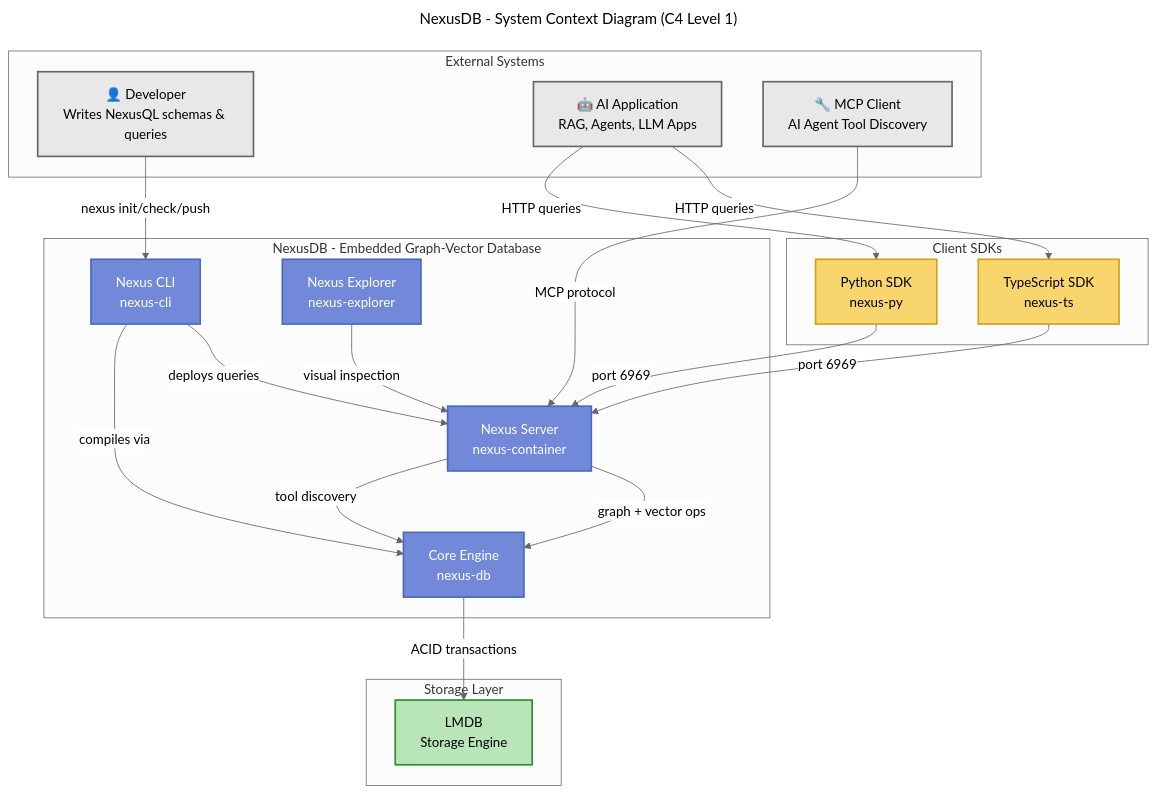
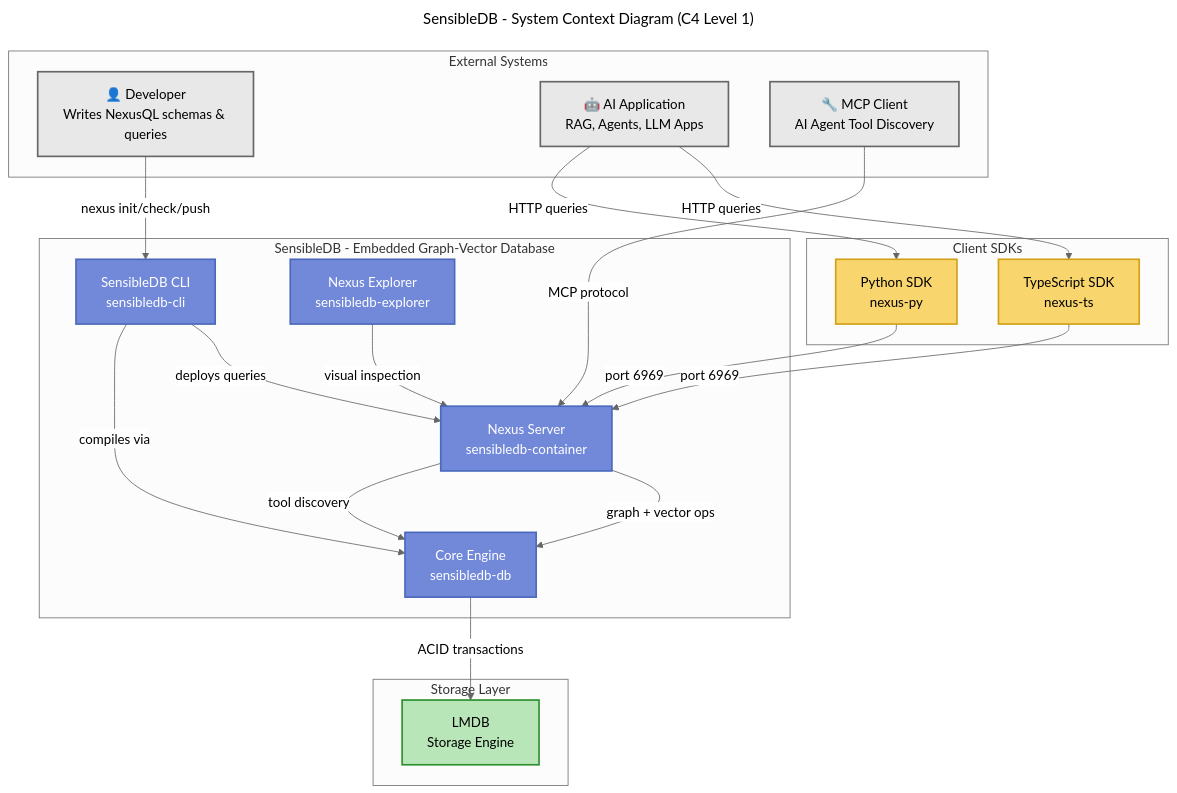
Before and after one commit to Sensible-Analytics/SensibleDB: the diagram in docs/architecture/diagrams/system-context.mmd, drawn with Mermaid (neutral theme). The commit also changed 766 other files, not shown here.

First line of the commit message:
feat: complete rebranding from NexusDB to SensibleDB

```diff
--- a/docs/architecture/diagrams/system-context.mmd
+++ b/docs/architecture/diagrams/system-context.mmd
@@ -1,53 +1,53 @@
 ---
-title: NexusDB - System Context Diagram (C4 Level 1)
+title: SensibleDB - System Context Diagram (C4 Level 1)
 ---
 
 graph TB
     subgraph External["External Systems"]
         Developer["👤 Developer<br/>Writes NexusQL schemas & queries"]
         AIApp["🤖 AI Application<br/>RAG, Agents, LLM Apps"]
         MCPClient["🔧 MCP Client<br/>AI Agent Tool Discovery"]
     end
 
-    subgraph NexusDB["NexusDB - Embedded Graph-Vector Database"]
-        CLI["Nexus CLI<br/>nexus-cli"]
-        Server["Nexus Server<br/>nexus-container"]
-        Engine["Core Engine<br/>nexus-db"]
-        Explorer["Nexus Explorer<br/>nexus-explorer"]
+    subgraph SensibleDB["SensibleDB - Embedded Graph-Vector Database"]
+        CLI["SensibleDB CLI<br/>sensibledb-cli"]
+        Server["Nexus Server<br/>sensibledb-container"]
+        Engine["Core Engine<br/>sensibledb-db"]
+        Explorer["Nexus Explorer<br/>sensibledb-explorer"]
     end
 
     subgraph Storage["Storage Layer"]
         LMDB["LMDB<br/>Storage Engine"]
     end
 
     subgraph SDKs["Client SDKs"]
         TSSDK["TypeScript SDK<br/>nexus-ts"]
         PySDK["Python SDK<br/>nexus-py"]
     end
 
     Developer -->|nexus init/check/push| CLI
     CLI -->|deploys queries| Server
     CLI -->|compiles via| Engine
 
     AIApp -->|HTTP queries| TSSDK
     AIApp -->|HTTP queries| PySDK
     TSSDK -->|port 6969| Server
     PySDK -->|port 6969| Server
 
     Server -->|graph + vector ops| Engine
     Engine -->|ACID transactions| LMDB
 
     MCPClient -->|MCP protocol| Server
     Server -->|tool discovery| Engine
 
     Explorer -->|visual inspection| Server
 
     classDef external fill:#e8e8e8,stroke:#666,stroke-width:2px
     classDef nexus fill:#7289da,stroke:#4a69bd,stroke-width:2px,color:#fff
     classDef storage fill:#b8e6b8,stroke:#2d8f2d,stroke-width:2px
     classDef sdk fill:#f9d56e,stroke:#d4a017,stroke-width:2px
 
     class Developer,AIApp,MCPClient external
     class CLI,Server,Engine,Explorer nexus
     class LMDB storage
     class TSSDK,PySDK sdk
```
